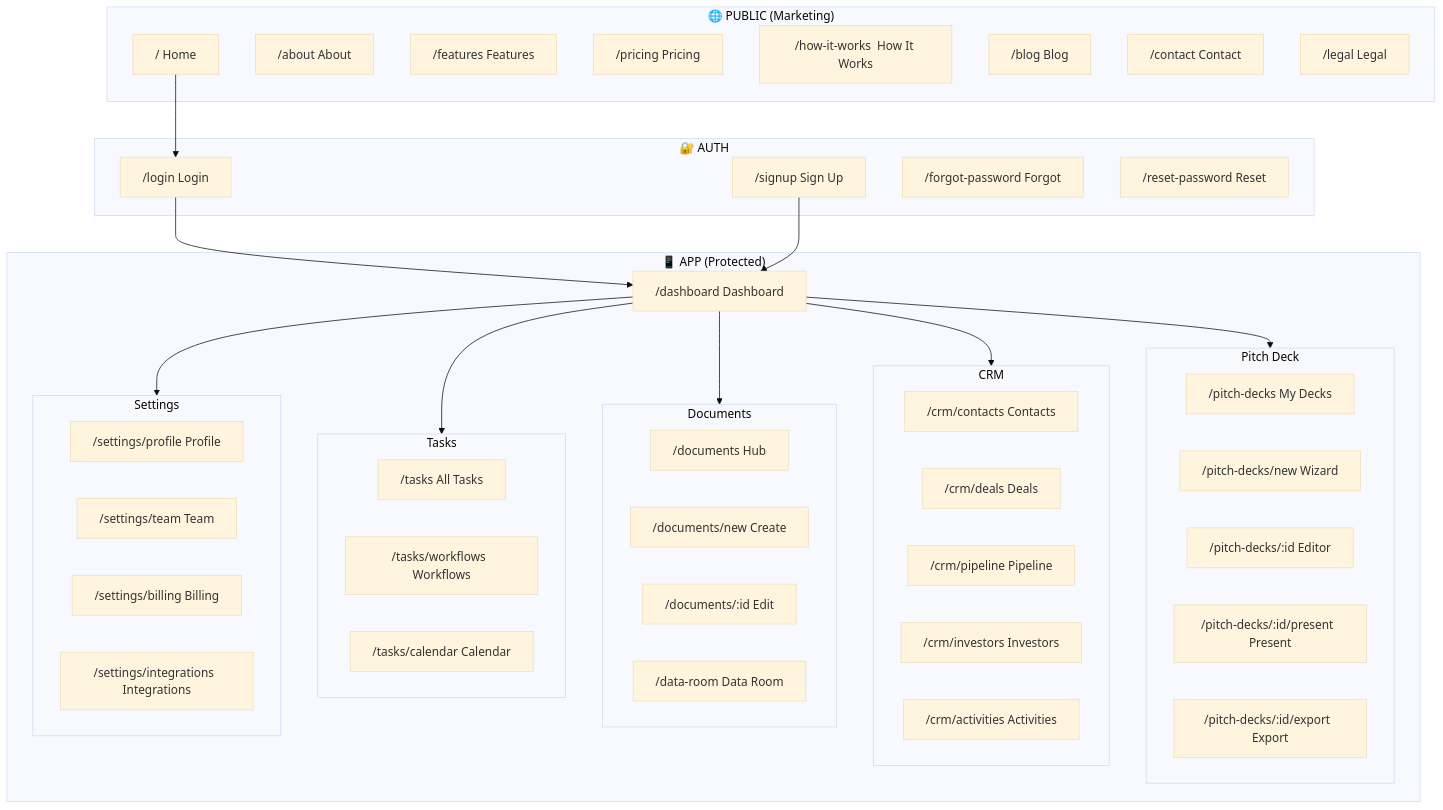
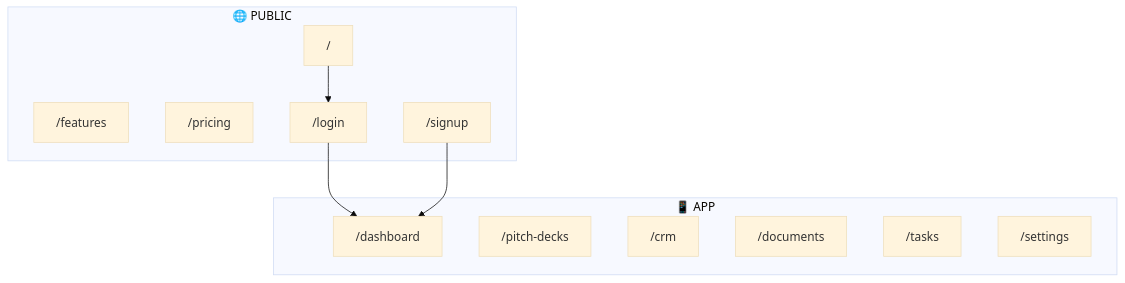
One commit to amo-tech-ai/sun100 changed the diagram in plan/design/04-sitemap-core.md. Above: the diagram before and after it, drawn with Mermaid (base theme). The commit also changed other lines of this file, not shown here.

````diff
--- a/plan/design/04-sitemap-core.md
+++ b/plan/design/04-sitemap-core.md
@@ -41,69 +9,22 @@
 ```mermaid
 flowchart TB
-    subgraph Public["🌐 PUBLIC (Marketing)"]
-        HOME["/  Home"]
-        ABOUT["/about  About"]
-        FEATURES["/features  Features"]
-        PRICING["/pricing  Pricing"]
-        HOW["/how-it-works  How It Works"]
-        BLOG["/blog  Blog"]
-        CONTACT["/contact  Contact"]
-        LEGAL["/legal  Legal"]
+    subgraph Public["🌐 PUBLIC"]
+        HOME["/"]
+        FEATURES["/features"]
+        PRICING["/pricing"]
+        LOGIN["/login"]
+        SIGNUP["/signup"]
     end
 
-    subgraph Auth["🔐 AUTH"]
-        LOGIN["/login  Login"]
-        SIGNUP["/signup  Sign Up"]
-        FORGOT["/forgot-password  Forgot"]
-        RESET["/reset-password  Reset"]
+    subgraph App["📱 APP"]
+        DASH["/dashboard"]
+        DECKS["/pitch-decks"]
+        CRM["/crm"]
+        DOCS["/documents"]
+        TASKS["/tasks"]
+        SETTINGS["/settings"]
     end
 
-    subgraph App["📱 APP (Protected)"]
-        DASH["/dashboard  Dashboard"]
-        
-        subgraph Pitch["Pitch Deck"]
-            DECKS["/pitch-decks  My Decks"]
-            WIZARD["/pitch-decks/new  Wizard"]
-            EDITOR["/pitch-decks/:id  Editor"]
-            PRESENT["/pitch-decks/:id/present  Present"]
-            EXPORT["/pitch-decks/:id/export  Export"]
-        end
-
-        subgraph CRM["CRM"]
-            CONTACTS["/crm/contacts  Contacts"]
-            DEALS["/crm/deals  Deals"]
-            PIPELINE["/crm/pipeline  Pipeline"]
-            INVESTORS["/crm/investors  Investors"]
-            ACTIVITIES["/crm/activities  Activities"]
-        end
-
-        subgraph Docs["Documents"]
-            DOCS_HUB["/documents  Hub"]
-            DOCS_NEW["/documents/new  Create"]
-            DOCS_EDIT["/documents/:id  Edit"]
-            DATA_ROOM["/data-room  Data Room"]
-        end
-
-        subgraph Tasks["Tasks"]
-            TASKS["/tasks  All Tasks"]
-            WORKFLOWS["/tasks/workflows  Workflows"]
-            CALENDAR["/tasks/calendar  Calendar"]
-        end
-
-        subgraph Settings["Settings"]
-            PROFILE["/settings/profile  Profile"]
-            TEAM["/settings/team  Team"]
-            BILLING["/settings/billing  Billing"]
-            INTEGRATIONS["/settings/integrations  Integrations"]
-        end
-    end
-
-    HOME --> LOGIN
-    LOGIN --> DASH
+    HOME --> LOGIN --> DASH
     SIGNUP --> DASH
-    DASH --> Pitch
-    DASH --> CRM
-    DASH --> Docs
-    DASH --> Tasks
-    DASH --> Settings
 ```
````
